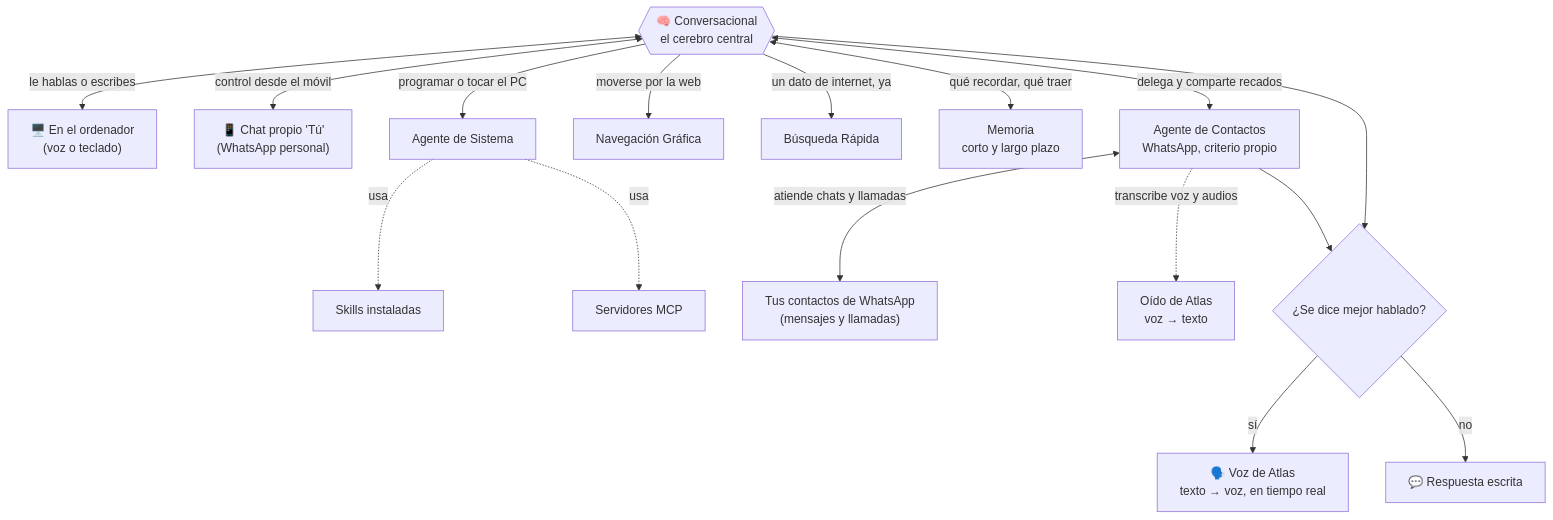
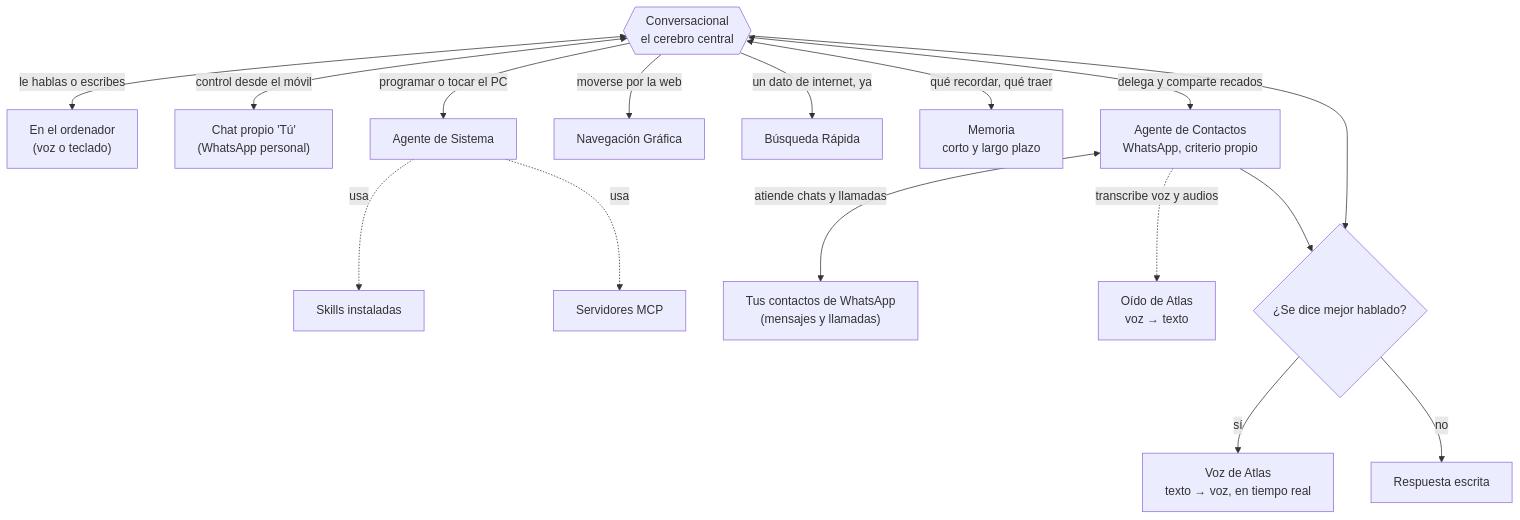
Before and after one commit to sharith45/atlas-Assistant: the diagram in README.md, drawn with Mermaid.

Commit message:
Fix formatting and spacing in README.md

````diff
--- a/README.md
+++ b/README.md
@@ -168,28 +168,28 @@
 ```mermaid
 flowchart TD
-    CONV{{"🧠 Conversacional<br/>el cerebro central"}}
+    CONV{{" Conversacional<br/>el cerebro central"}}
 
     %% CANALES DEL USUARIO (TÚ)
-    CONV <-->|"le hablas o escribes"| U1["🖥️ En el ordenador<br/>(voz o teclado)"]
-    CONV <-->|"control desde el móvil"| U2["📱 Chat propio 'Tú'<br/>(WhatsApp personal)"]
+    CONV <-->|"le hablas o escribes"| U1[" En el ordenador<br/>(voz o teclado)"]
+    CONV <-->|"control desde el móvil"| U2[" Chat propio 'Tú'<br/>(WhatsApp personal)"]
 
     %% AGENTES Y HERRAMIENTAS QUE ORQUESTA
     CONV -->|"programar o tocar el PC"| SIS["Agente de Sistema"]
     CONV -->|"moverse por la web"| NAV["Navegación Gráfica"]
     CONV -->|"un dato de internet, ya"| BUS["Búsqueda Rápida"]
     CONV <-->|"qué recordar, qué traer"| MEM["Memoria<br/>corto y largo plazo"]
 
     SIS -.->|"usa"| SKI["Skills instaladas"]
     SIS -.->|"usa"| MCP["Servidores MCP"]
 
     %% ATENCIÓN EXTERNA DE CONTACTOS (AUTÓNOMA)
     CONV <-->|"delega y comparte recados"| WAAG["Agente de Contactos<br/>WhatsApp, criterio propio"]
     WAAG <-->|"atiende chats y llamadas"| W_EXT["Tus contactos de WhatsApp<br/>(mensajes y llamadas)"]
     WAAG -.->|"transcribe voz y audios"| OIDO["Oído de Atlas<br/>voz → texto"]
 
     %% SALIDAS DEL SISTEMA
     CONV --> SALIDA{"¿Se dice mejor hablado?"}
     WAAG --> SALIDA
-    SALIDA -->|"sí"| VOZ["🗣️ Voz de Atlas<br/>texto → voz, en tiempo real"]
-    SALIDA -->|"no"| TXT["💬 Respuesta escrita"]
+    SALIDA -->|"sí"| VOZ[" Voz de Atlas<br/>texto → voz, en tiempo real"]
+    SALIDA -->|"no"| TXT[" Respuesta escrita"]
 ```
````
